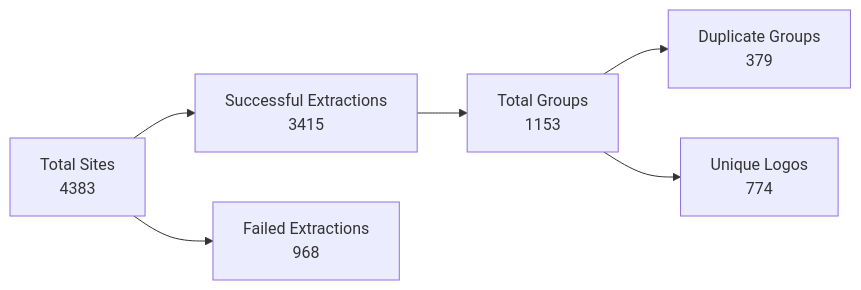
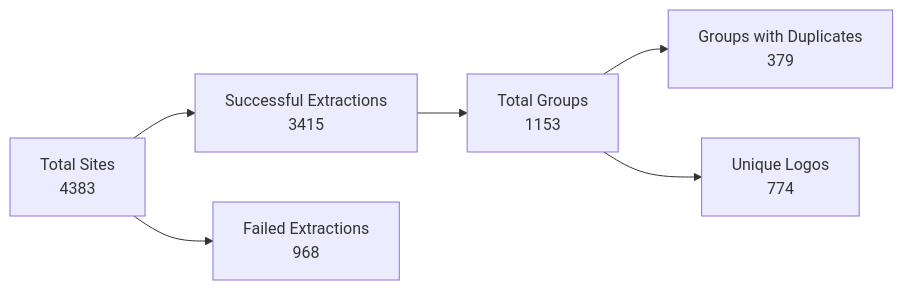
Before and after one commit to andreilazu/logo_extract: the third of 4 diagrams in README.md, drawn with Mermaid.

Commit message:
Rename 'Duplicate Groups' to 'Groups with Duplicates'

````diff
--- a/README.md
+++ b/README.md
@@ -13,15 +13,15 @@
 ```mermaid
 flowchart LR
     A[Total Sites<br/>4383]
     B[Successful Extractions<br/>3415]
     C[Failed Extractions<br/>968]
     D[Total Groups<br/>1153]
-    E[Duplicate Groups<br/>379]
+    E[Groups with Duplicates<br/>379]
     F[Unique Logos<br/>774]
 
     A --> B
     A --> C
     B --> D
     D --> E
     D --> F
 ```
````
